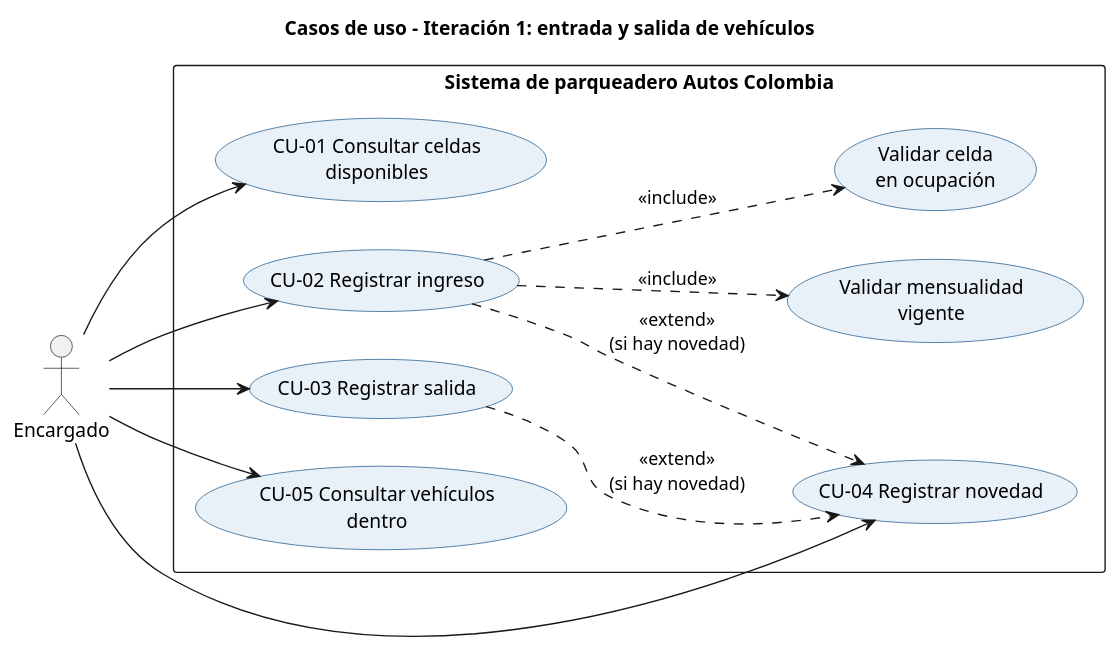
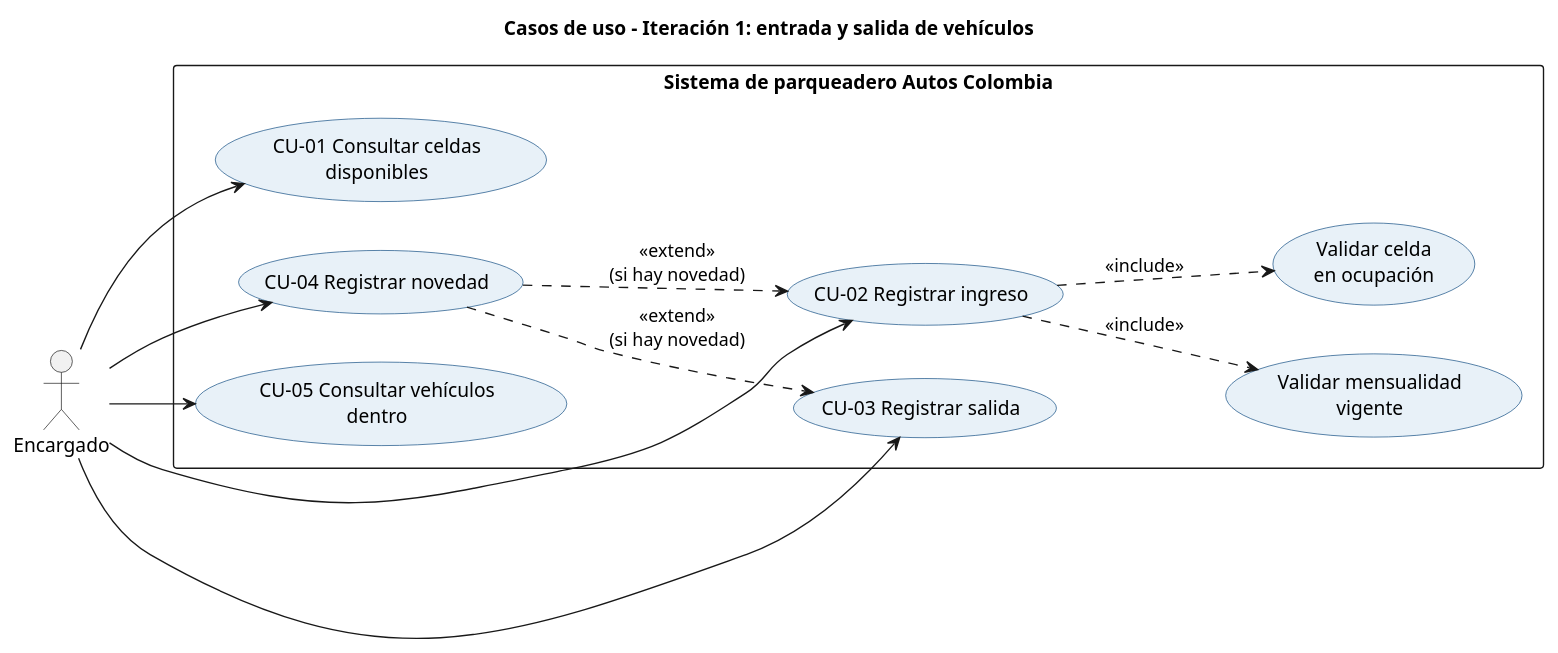
The diagram in docs/diagramas/02_casos_uso.puml (davide1828/Autos-Colombia), drawn with PlantUML before and after one commit. The commit also changed 5 other files, not shown here.

Commit message:
Diagramas corregidos y capturas actualizadas

```diff
--- a/docs/diagramas/02_casos_uso.puml
+++ b/docs/diagramas/02_casos_uso.puml
@@ -1,28 +1,28 @@
 @startuml casos_uso
 skinparam shadowing false
 skinparam defaultFontName Arial
 skinparam usecaseBackgroundColor #E8F1F8
 skinparam usecaseBorderColor #0f4c81
 left to right direction
 title Casos de uso - Iteración 1: entrada y salida de vehículos
 
 actor "Encargado" as E
 rectangle "Sistema de parqueadero Autos Colombia" {
   usecase "CU-01 Consultar celdas\ndisponibles" as CU1
   usecase "CU-02 Registrar ingreso" as CU2
   usecase "CU-03 Registrar salida" as CU3
   usecase "CU-04 Registrar novedad" as CU4
   usecase "CU-05 Consultar vehículos\ndentro" as CU5
   usecase "Validar mensualidad\nvigente" as V
   usecase "Validar celda\nen ocupación" as VC
 }
 E --> CU1
 E --> CU2
 E --> CU3
 E --> CU4
 E --> CU5
 CU2 ..> V : <<include>>
 CU2 ..> VC : <<include>>
-CU2 ..> CU4 : <<extend>>\n(si hay novedad)
-CU3 ..> CU4 : <<extend>>\n(si hay novedad)
+CU4 ..> CU2 : <<extend>>\n(si hay novedad)
+CU4 ..> CU3 : <<extend>>\n(si hay novedad)
 @enduml
```
